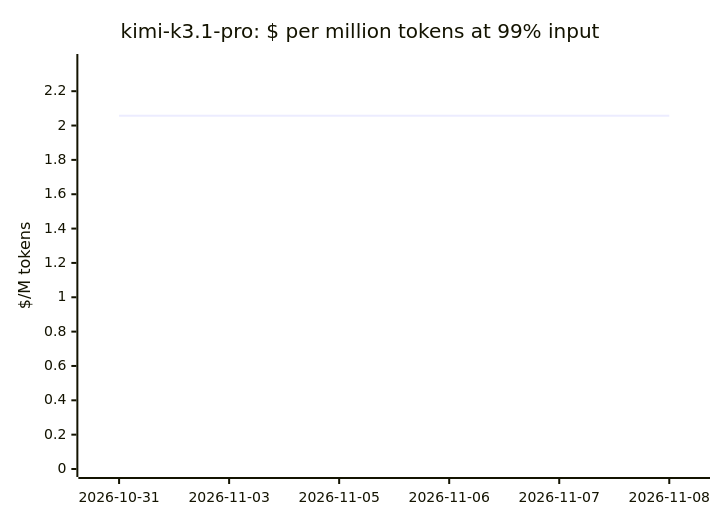
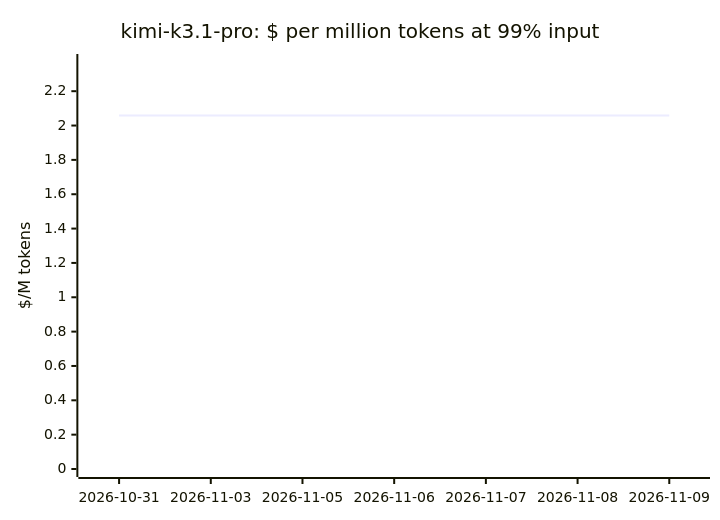
Before and after one commit to cklukas/OMEGA_TRANSFORM: diagram 11 of 20 in docs/openrouter-models.md, drawn with Mermaid. The commit also changed other lines of this file and 47 other files, not shown here.

````diff
--- a/docs/openrouter-models.md
+++ b/docs/openrouter-models.md
@@ -232,7 +232,7 @@
 ```mermaid
 xychart-beta
     title "kimi-k3.1-pro: $ per million tokens at 99% input"
-    x-axis ["2026-10-31", "2026-11-03", "2026-11-05", "2026-11-06", "2026-11-07", "2026-11-08"]
+    x-axis ["2026-10-31", "2026-11-03", "2026-11-05", "2026-11-06", "2026-11-07", "2026-11-08", "2026-11-09"]
     y-axis "$/M tokens" 0 --> 2.37
-    line [2.057, 2.057, 2.057, 2.057, 2.057, 2.057]
+    line [2.059, 2.059, 2.059, 2.059, 2.059, 2.059, 2.059]
 ```
````
